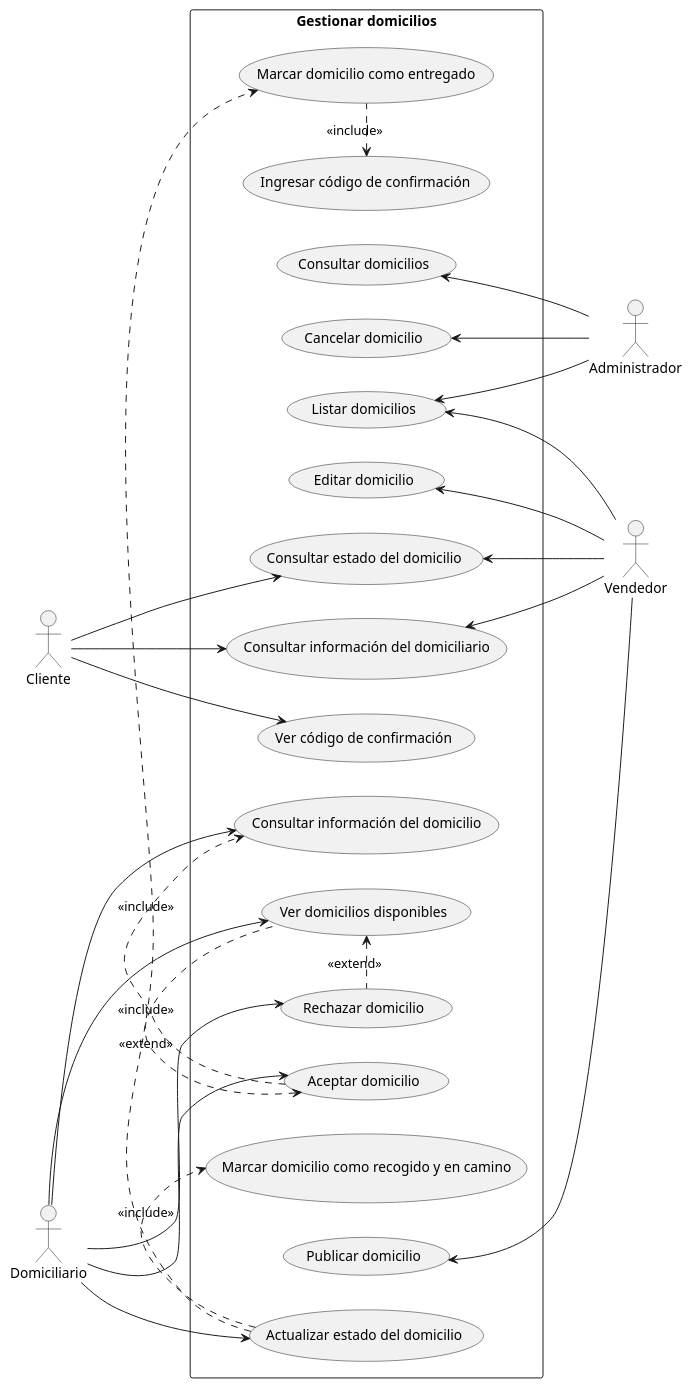
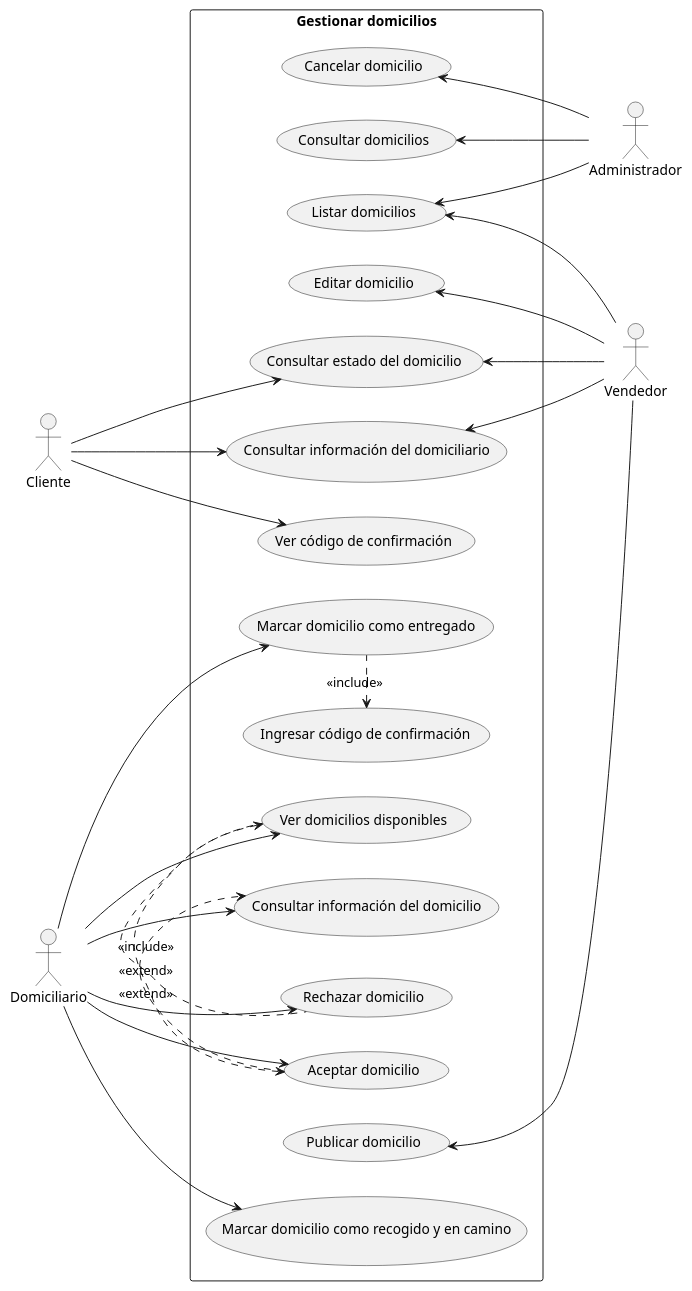
Before and after one commit to RAAR-18/napa: the diagram in casos de uso/gestionar_domicilios.puml, drawn with PlantUML. The commit also changed 3 other files, not shown here.

```diff
--- a/casos de uso/gestionar_domicilios.puml
+++ b/casos de uso/gestionar_domicilios.puml
@@ -1,56 +1,54 @@
 @startuml
 
 left to right direction
 
 actor "Vendedor" as v
 actor "Cliente" as c
 actor "Domiciliario" as d
 actor "Administrador" as adm
 
 rectangle "Gestionar domicilios" {
     usecase "Consultar domicilios" as UC2
     usecase "Editar domicilio" as UC3
     usecase "Cancelar domicilio" as UC4
     usecase "Listar domicilios" as UC5
     usecase "Ver domicilios disponibles" as UC6
     usecase "Aceptar domicilio" as UC7
     usecase "Rechazar domicilio" as UC8
     usecase "Consultar estado del domicilio" as UC10
     usecase "Consultar información del domicilio" as UC13
     usecase "Marcar domicilio como recogido y en camino" as UC17
     usecase "Marcar domicilio como entregado" as UC19
     usecase "Consultar información del domiciliario" as UC23
     usecase "Publicar domicilio" as UC24
     usecase "Ingresar código de confirmación" as UC25
-    usecase "Actualizar estado del domicilio" as UC26
     usecase "Ver código de confirmación" as UC27
 }
 
 c --> UC10
 c --> UC23
 c --> UC27
 
 UC10 <-- v
 UC24 <-- v
 UC3 <-- v
 UC5 <-- v
 UC23 <-- v
 
 d --> UC6
 d --> UC7
 d --> UC8
 d --> UC13
-d --> UC26
+d --> UC19
+d --> UC17
 
 UC2 <-- adm
 UC4 <-- adm
 UC5 <-- adm
 
 UC25 <. UC19: <<include>>
 UC7 .> UC13: <<include>>
 UC7 <. UC6: <<extend>>
 UC6 <. UC8: <<extend>>
 
-UC26 .> UC17: <<include>>
-UC26 .> UC19: <<include>>
 @enduml
```
